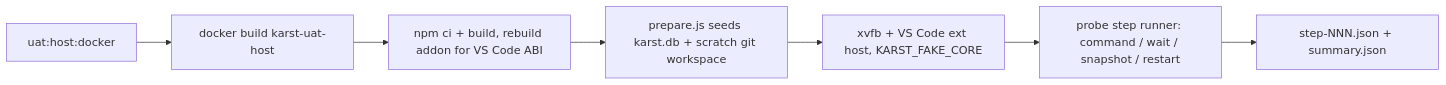
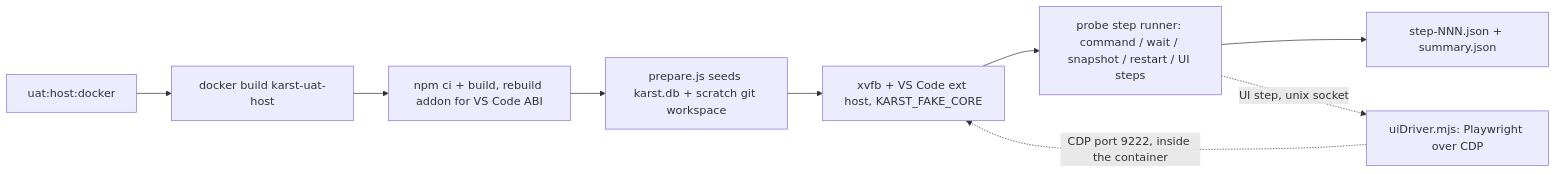
The diagram in docs/arch/uat-host.md (AndrewHaluza/karst), drawn with Mermaid before and after one commit. The commit also changed other lines of this file and 15 other files, not shown here.

First line of the commit message:
feat: UAT host probe steps drive the real Karst UI with real clicks and typing

````diff
--- a/docs/arch/uat-host.md
+++ b/docs/arch/uat-host.md
@@ -27,9 +27,11 @@
 ```mermaid
 flowchart LR
   A[uat:host:docker] --> B[docker build karst-uat-host]
   B --> C[npm ci + build, rebuild addon for VS Code ABI]
   C --> D[prepare.js seeds karst.db + scratch git workspace]
   D --> E[xvfb + VS Code ext host, KARST_FAKE_CORE]
-  E --> F[probe step runner: command / wait / snapshot / restart]
+  E --> F[probe step runner: command / wait / snapshot / restart / UI steps]
   F --> G[step-NNN.json + summary.json]
+  F -. UI step, unix socket .-> H[uiDriver.mjs: Playwright over CDP]
+  H -. CDP port 9222, inside the container .-> E
 ```
````
